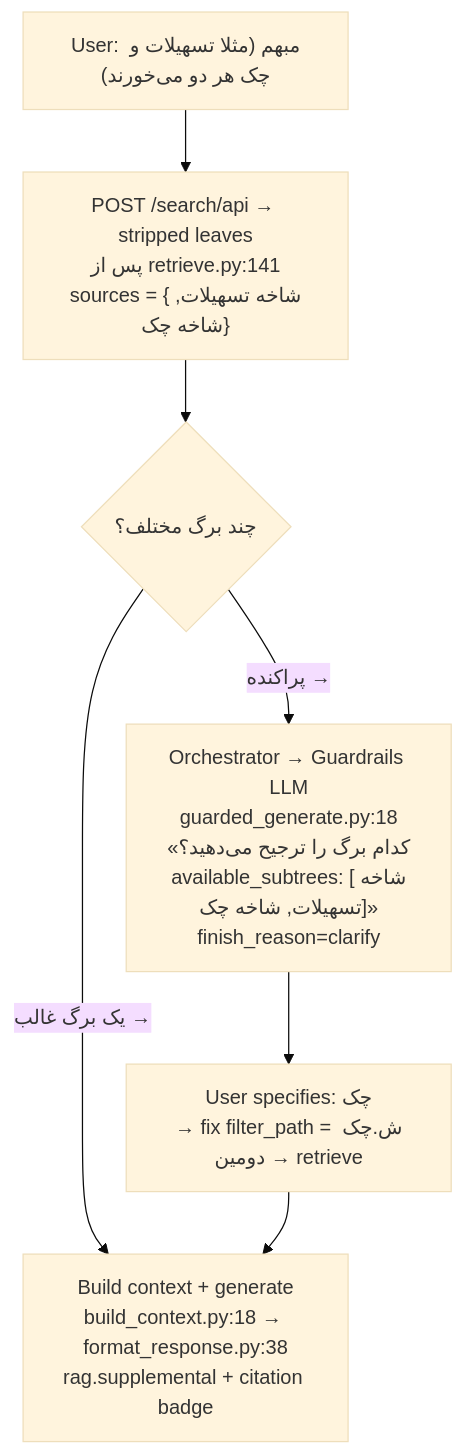
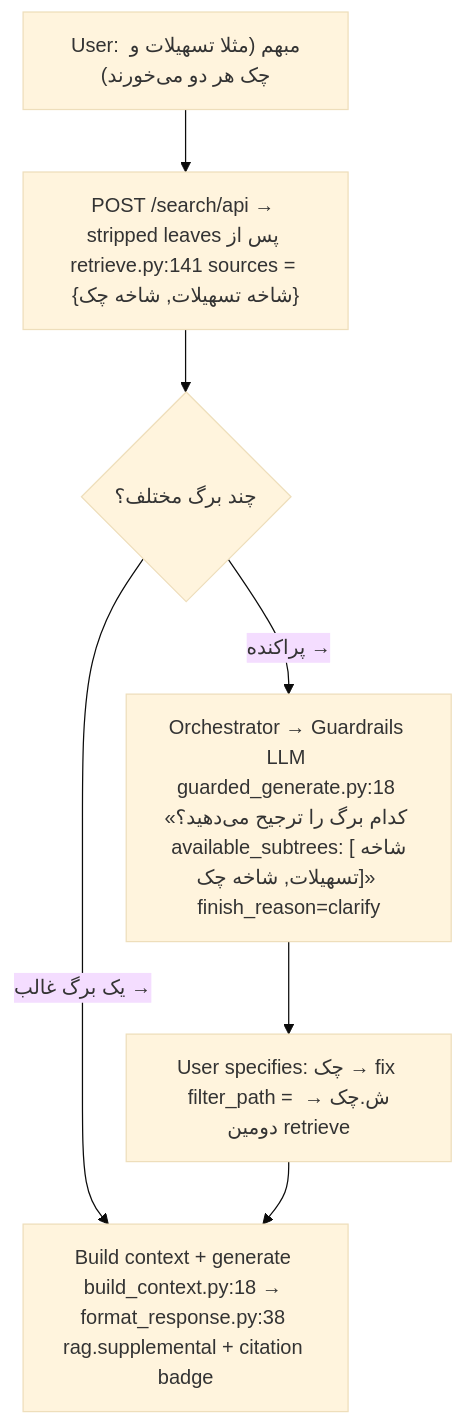
Before and after one commit to AliNikkhah2001/Work_RAG-KB: the eighth of 12 diagrams in kb-manager/README.md, drawn with Mermaid (base theme). The commit also changed other lines of this file, not shown here.

Commit message:
docs(kb-manager): remove <br/> tags from mermaid diagrams for compilation

````diff
--- a/kb-manager/README.md
+++ b/kb-manager/README.md
@@ -243,13 +243,13 @@
 ```mermaid
 flowchart TB
     Q2["User: مبهم (مثلا تسهیلات و چک هر دو می‌خورند)"]
-    RET1["POST /search/api → stripped leaves<br/>پس از retrieve.py:141<br/>sources = {شاخه تسهیلات, شاخه چک}"]
+    RET1["POST /search/api → stripped leaves پس از retrieve.py:141 sources = {شاخه تسهیلات, شاخه چک}"]
     GATE{"چند برگ مختلف؟"}
-    CLAR["Orchestrator → Guardrails LLM<br/>guarded_generate.py:18<br/>«کدام برگ را ترجیح می‌دهید؟<br/>available_subtrees: [شاخه تسهیلات, شاخه چک]»<br/>finish_reason=clarify"]
-    NEXT["User specifies: چک<br/>→ fix filter_path = ش.چک → دومین retrieve"]
-    ANSWER["Build context + generate<br/>build_context.py:18 → format_response.py:38<br/>rag.supplemental + citation badge"]
+    CLAR["Orchestrator → Guardrails LLM guarded_generate.py:18 «کدام برگ را ترجیح می‌دهید؟ available_subtrees: [شاخه تسهیلات, شاخه چک]» finish_reason=clarify"]
+    NEXT["User specifies: چک → fix filter_path = ش.چک → دومین retrieve"]
+    ANSWER["Build context + generate build_context.py:18 → format_response.py:38 rag.supplemental + citation badge"]
 
     Q2 --> RET1 --> GATE
     GATE -- "یک برگ غالب →" --> ANSWER
     GATE -- "پراکنده →" --> CLAR --> NEXT --> ANSWER
 ```
````
